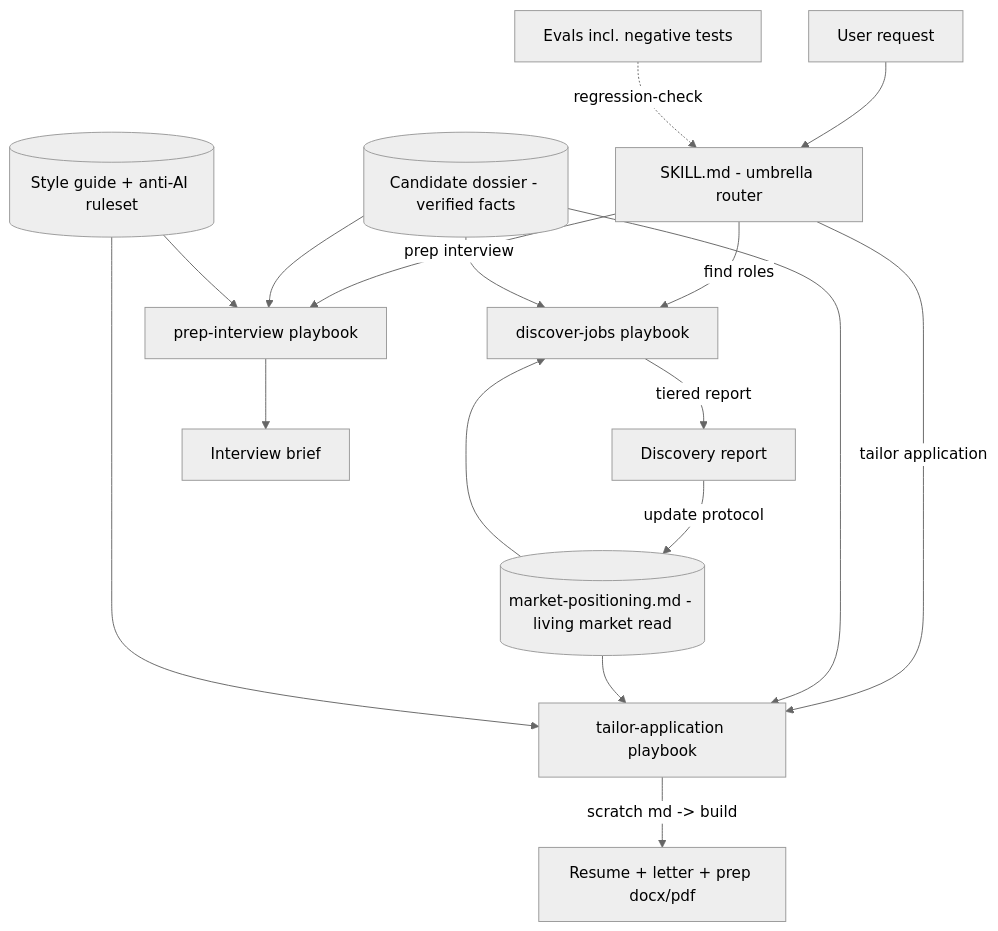
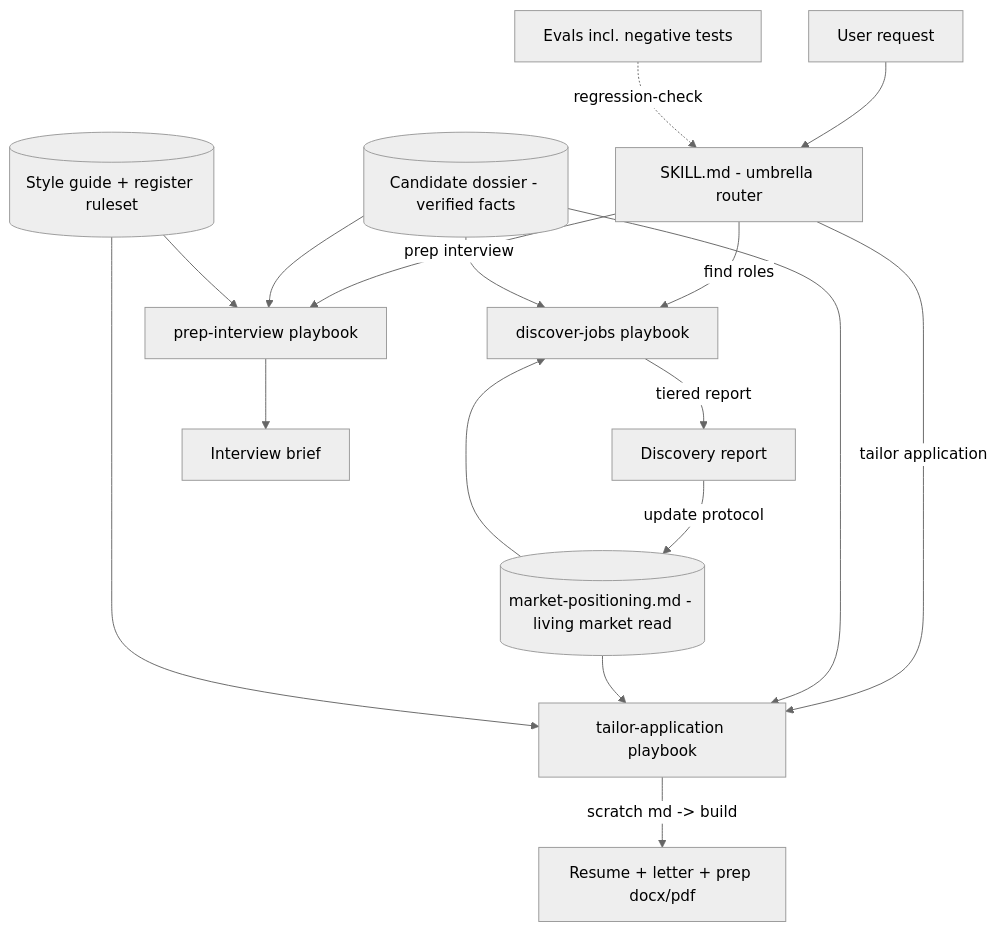
One commit to ampayreh/Agentic-Job-Search-Orchestration changed the diagram in README.md. Above: the diagram before and after it, drawn with Mermaid (neutral theme). The commit also changed other lines of this file and 4 other files, not shown here.

````diff
--- a/README.md
+++ b/README.md
@@ -35,22 +35,22 @@
 ```mermaid
 flowchart TD
     U[User request] --> S[SKILL.md - umbrella router]
     S -->|find roles| D[discover-jobs playbook]
     S -->|tailor application| T[tailor-application playbook]
     S -->|prep interview| P[prep-interview playbook]
 
     DOS[(Candidate dossier - verified facts)] --> D
     DOS --> T
     DOS --> P
     MP[(market-positioning.md - living market read)] --> D
     MP --> T
-    STY[(Style guide + anti-AI ruleset)] --> T
+    STY[(Style guide + register ruleset)] --> T
     STY --> P
 
     D -->|tiered report| R1[Discovery report]
     R1 -->|update protocol| MP
     T -->|scratch md -> build| R2[Resume + letter + prep docx/pdf]
     P --> R3[Interview brief]
 
     E[Evals incl. negative tests] -.regression-check.-> S
 ```
````
